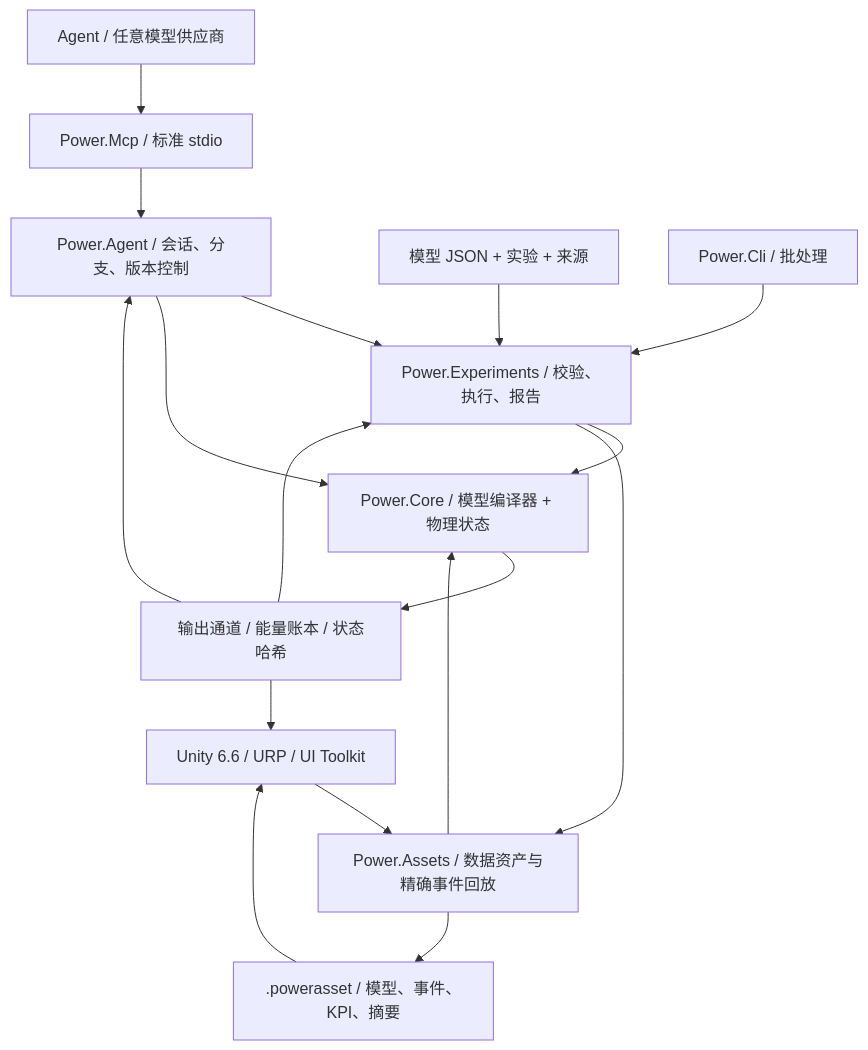
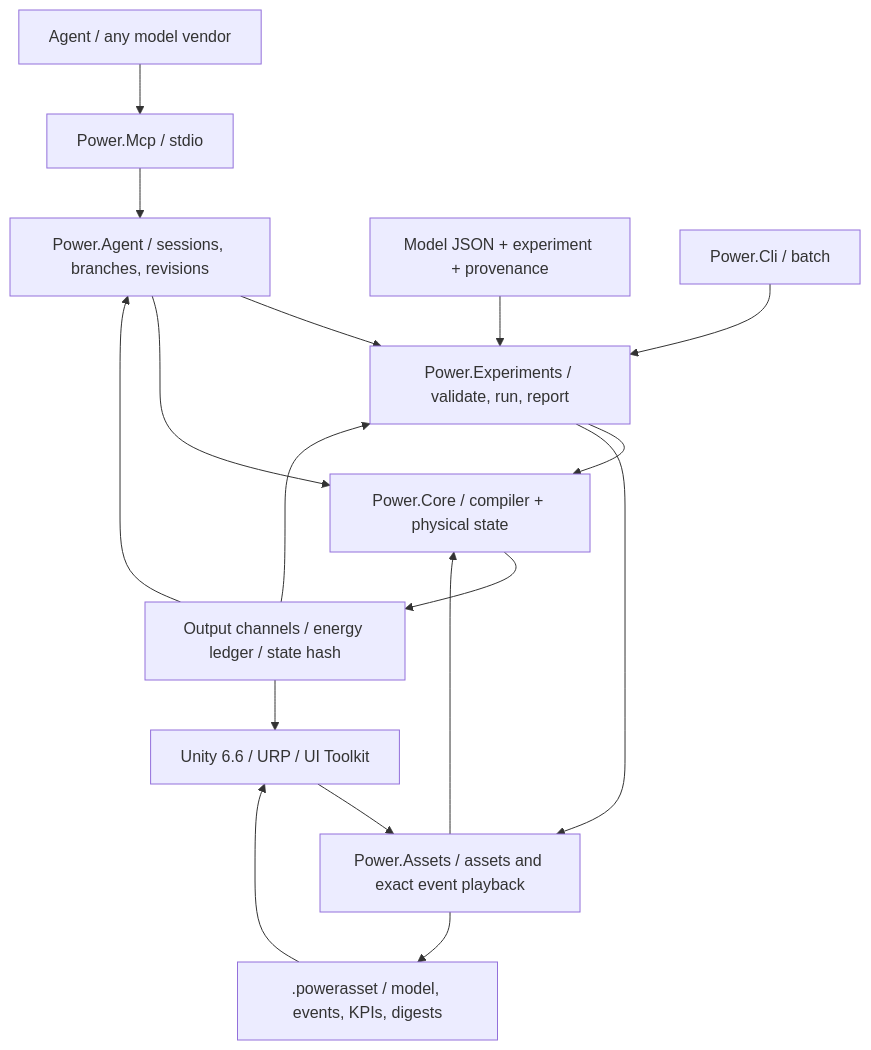
The diagram in docs/ARCHITECTURE.md (Water-Run/Power), drawn with Mermaid before and after one commit. The commit also changed other lines of this file and 360 other files, not shown here.

````diff
--- a/docs/ARCHITECTURE.md
+++ b/docs/ARCHITECTURE.md
@@ -8,19 +10,19 @@
 ```mermaid
 flowchart TD
-    Agent[Agent / 任意模型供应商] --> MCP[Power.Mcp / 标准 stdio]
-    MCP --> Workspace[Power.Agent / 会话、分支、版本控制]
-    JSON[模型 JSON + 实验 + 来源] --> Experiments[Power.Experiments / 校验、执行、报告]
-    CLI[Power.Cli / 批处理] --> Experiments
+    Agent[Agent / any model vendor] --> MCP[Power.Mcp / stdio]
+    MCP --> Workspace[Power.Agent / sessions, branches, revisions]
+    JSON[Model JSON + experiment + provenance] --> Experiments[Power.Experiments / validate, run, report]
+    CLI[Power.Cli / batch] --> Experiments
     Workspace --> Experiments
-    Workspace --> Core[Power.Core / 模型编译器 + 物理状态]
+    Workspace --> Core[Power.Core / compiler + physical state]
     Experiments --> Core
-    Experiments --> Assets[Power.Assets / 数据资产与精确事件回放]
+    Experiments --> Assets[Power.Assets / assets and exact event playback]
     Assets --> Core
-    Assets --> File[.powerasset / 模型、事件、KPI、摘要]
+    Assets --> File[.powerasset / model, events, KPIs, digests]
     File --> Unity[Unity 6.6 / URP / UI Toolkit]
     Unity --> Assets
-    Core --> Evidence[输出通道 / 能量账本 / 状态哈希]
+    Core --> Evidence[Output channels / energy ledger / state hash]
     Evidence --> Unity
     Evidence --> Workspace
     Evidence --> Experiments
 ```
````
